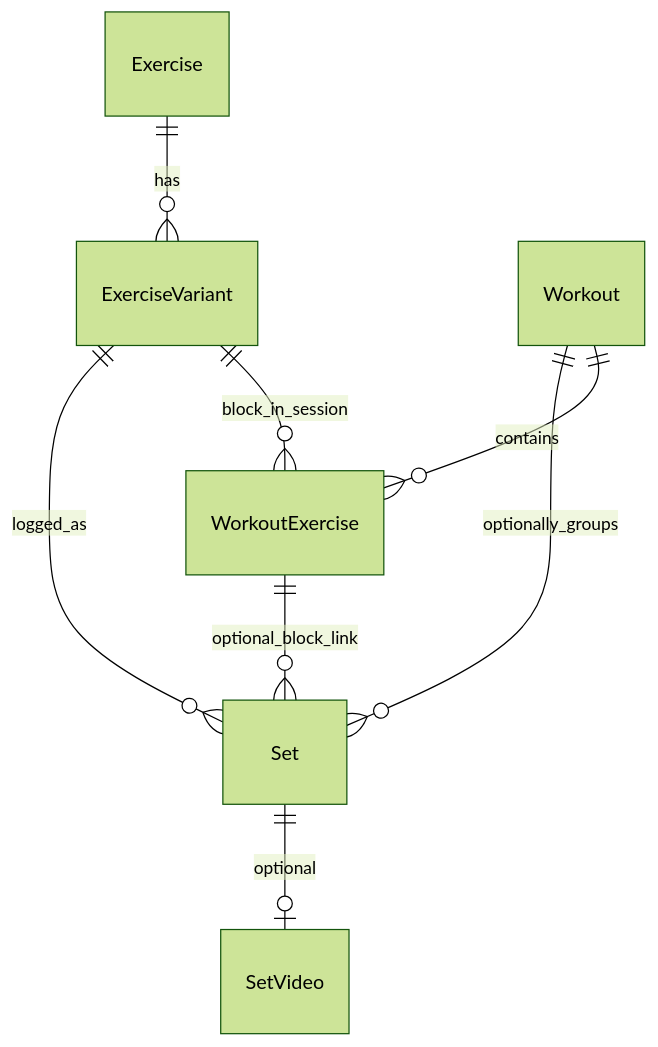
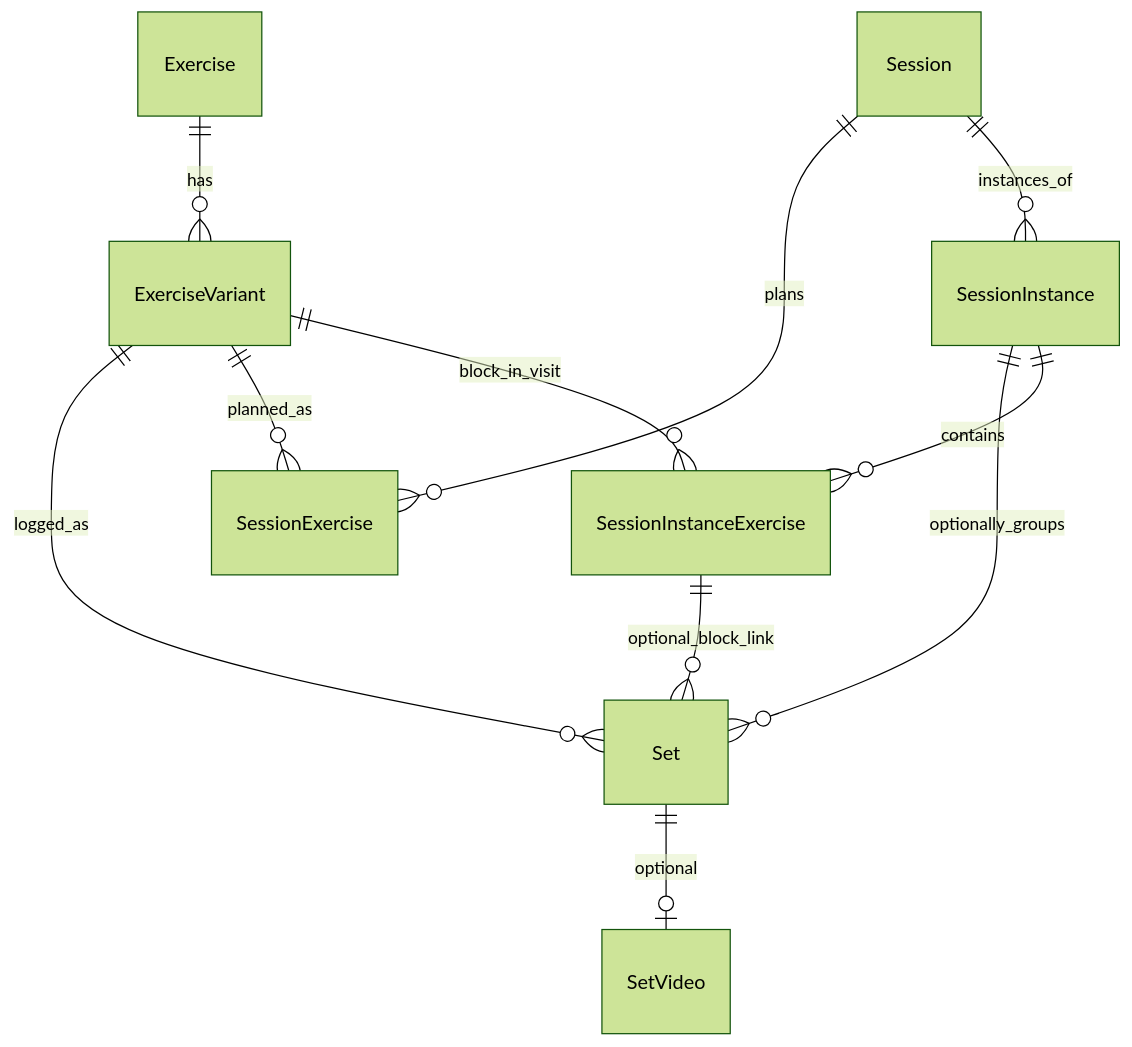
The diagram in docs/data-model.md (DavidLaMartina/your-set), drawn with Mermaid (forest theme) before and after one commit. The commit also changed other lines of this file and 40 other files, not shown here.

````diff
--- a/docs/data-model.md
+++ b/docs/data-model.md
@@ -20,10 +62,13 @@
 ```mermaid
 erDiagram
   Exercise ||--o{ ExerciseVariant : has
   ExerciseVariant ||--o{ Set : logged_as
-  Workout ||--o{ Set : optionally_groups
-  Workout ||--o{ WorkoutExercise : contains
-  ExerciseVariant ||--o{ WorkoutExercise : block_in_session
-  WorkoutExercise ||--o{ Set : optional_block_link
+  Session ||--o{ SessionExercise : plans
+  ExerciseVariant ||--o{ SessionExercise : planned_as
+  Session ||--o{ SessionInstance : instances_of
+  SessionInstance ||--o{ Set : optionally_groups
+  SessionInstance ||--o{ SessionInstanceExercise : contains
+  ExerciseVariant ||--o{ SessionInstanceExercise : block_in_visit
+  SessionInstanceExercise ||--o{ Set : optional_block_link
   Set ||--o| SetVideo : optional
 ```
````
